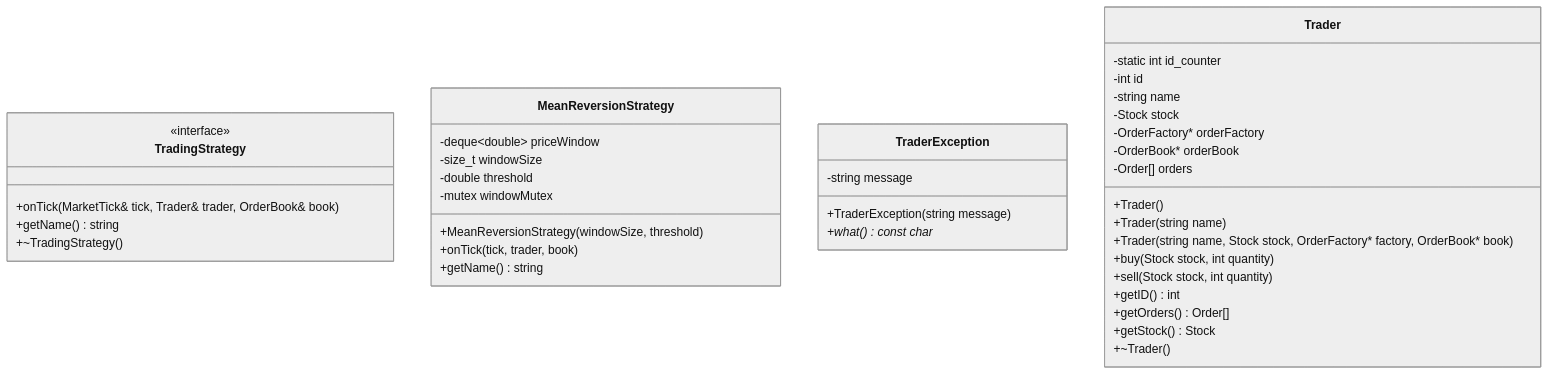
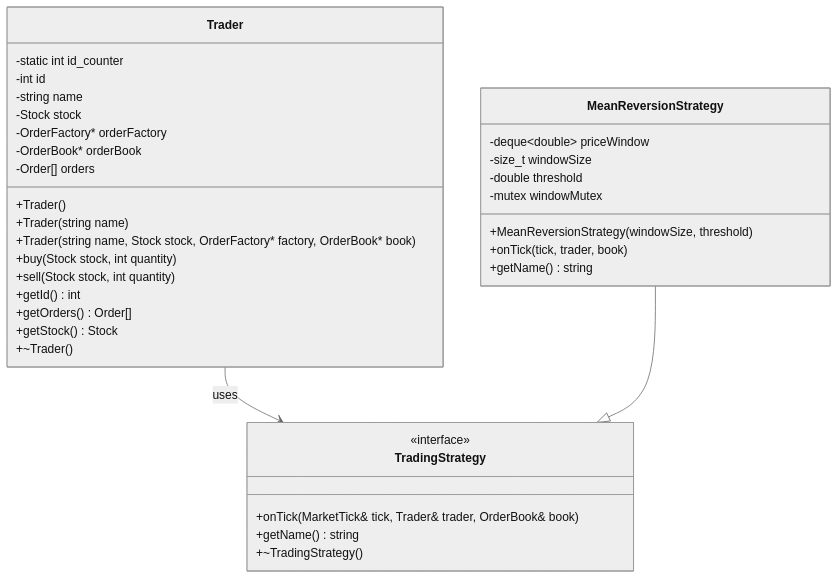
One commit to ArjunXvarma/mini-quant-trading-engine changed the fourth of 5 diagrams in README.md. Above: the diagram before and after it, drawn with Mermaid (neutral theme).

````diff
--- a/README.md
+++ b/README.md
@@ -215,44 +215,41 @@
 ```mermaid
 classDiagram
     class TradingStrategy {
         <<interface>>
         +onTick(MarketTick& tick, Trader& trader, OrderBook& book)
         +getName() string
         +~TradingStrategy()
     }
 
     class MeanReversionStrategy {
         -deque~double~ priceWindow
         -size_t windowSize
         -double threshold
         -mutex windowMutex
         +MeanReversionStrategy(windowSize, threshold)
         +onTick(tick, trader, book)
         +getName() string
     }
 
-    class TraderException {
-        -string message
-        +TraderException(string message)
-        +what() const char*
-    }
-
     class Trader {
         -static int id_counter
         -int id
         -string name
         -Stock stock
         -OrderFactory* orderFactory
         -OrderBook* orderBook
         -Order[] orders
         +Trader()
         +Trader(string name)
         +Trader(string name, Stock stock, OrderFactory* factory, OrderBook* book)
         +buy(Stock stock, int quantity)
         +sell(Stock stock, int quantity)
-        +getID() int
+        +getId() int
         +getOrders() Order[]
         +getStock() Stock
         +~Trader()
     }
+    
+    Trader --> TradingStrategy : uses
+    MeanReversionStrategy --|> TradingStrategy
 ```
````
